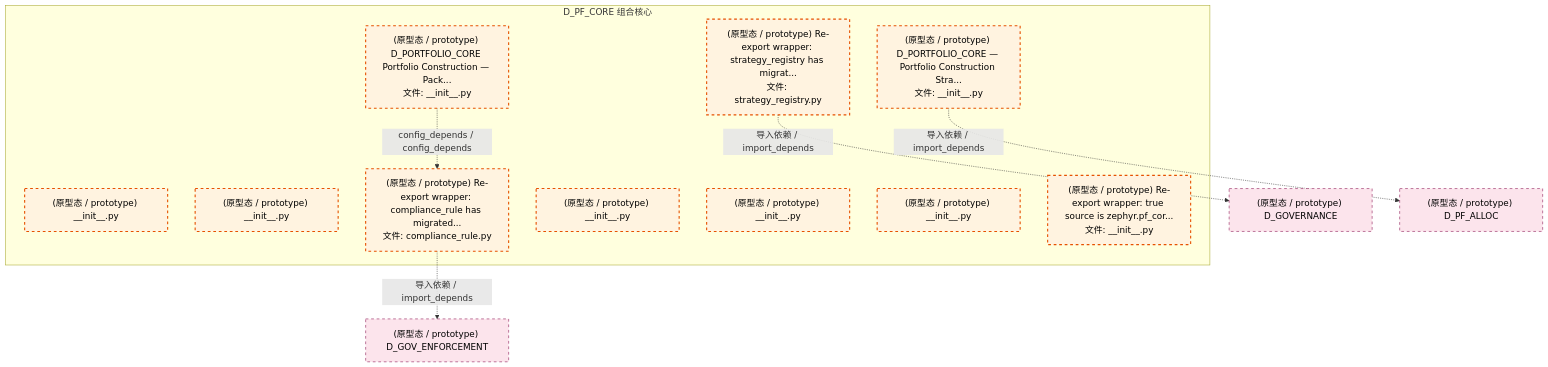
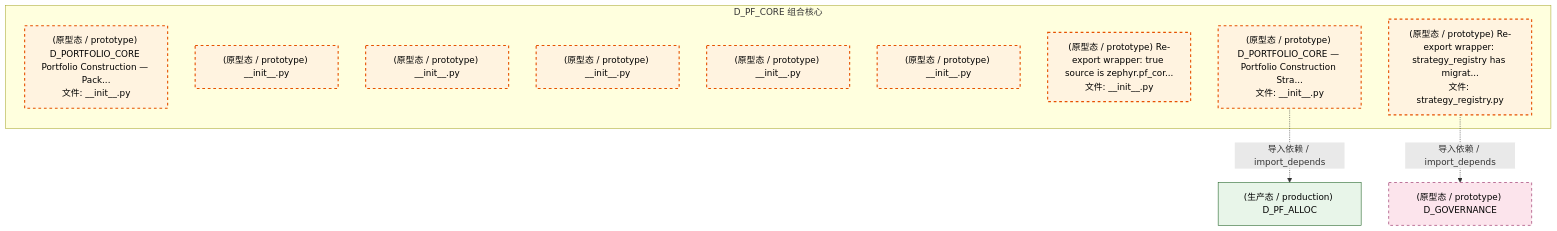
Before and after one commit to xuanFelixVan/ZephyrAlpha: the third of 4 diagrams in docs/02_enterprise_architecture/02_domain_architecture_docs/52_d_pf_core.md, drawn with Mermaid. The commit also changed other lines of this file and 126 other files, not shown here.

````diff
--- a/docs/02_enterprise_architecture/02_domain_architecture_docs/52_d_pf_core.md
+++ b/docs/02_enterprise_architecture/02_domain_architecture_docs/52_d_pf_core.md
@@ -139,28 +143,25 @@
 ```mermaid
 graph TD
     subgraph D_PF_CORE["D_PF_CORE 组合核心"]
         src_zephyr_pf_core_init_py["(原型态 / prototype) D_PORTFOLIO_CORE Portfolio Construction — Pack...<br/>文件: __init__.py"]
         src_zephyr_pf_core_extensions_init_py["(原型态 / prototype) __init__.py"]
         src_zephyr_pf_core_api_init_py["(原型态 / prototype) __init__.py"]
-        src_zephyr_pf_core_compliance_rule_py["(原型态 / prototype) Re-export wrapper: compliance_rule has migrated...<br/>文件: compliance_rule.py"]
         src_zephyr_pf_core_core_init_py["(原型态 / prototype) __init__.py"]
         src_zephyr_pf_core_infrastructure_init_py["(原型态 / prototype) __init__.py"]
         src_zephyr_pf_core_services_init_py["(原型态 / prototype) __init__.py"]
         src_zephyr_pf_core_strategies_init_py["(原型态 / prototype) Re-export wrapper: true source is zephyr.pf_cor...<br/>文件: __init__.py"]
         src_zephyr_pf_core_strategy_engine_init_py["(原型态 / prototype) D_PORTFOLIO_CORE — Portfolio Construction Stra...<br/>文件: __init__.py"]
         src_zephyr_pf_core_strategy_registry_py["(原型态 / prototype) Re-export wrapper: strategy_registry has migrat...<br/>文件: strategy_registry.py"]
     end
-    src_zephyr_pf_core_init_py -.->|config_depends / config_depends| src_zephyr_pf_core_compliance_rule_py
     D_GOVERNANCE["(原型态 / prototype) D_GOVERNANCE"]
     src_zephyr_pf_core_strategy_registry_py -.->|导入依赖 / import_depends| D_GOVERNANCE
-    D_GOV_ENFORCEMENT["(原型态 / prototype) D_GOV_ENFORCEMENT"]
-    src_zephyr_pf_core_compliance_rule_py -.->|导入依赖 / import_depends| D_GOV_ENFORCEMENT
-    D_PF_ALLOC["(原型态 / prototype) D_PF_ALLOC"]
+    D_PF_ALLOC["(生产态 / production) D_PF_ALLOC"]
     src_zephyr_pf_core_strategy_engine_init_py -.->|导入依赖 / import_depends| D_PF_ALLOC
     classDef production fill:#e1f5fe,stroke:#01579b,stroke-width:2px,color:#000
     classDef design fill:#fff3e0,stroke:#e65100,stroke-width:2px,color:#000,stroke-dasharray: 5 5
     classDef external_prod fill:#e8f5e9,stroke:#1b5e20,stroke-width:1px,color:#000
     classDef external_design fill:#fce4ec,stroke:#880e4f,stroke-width:1px,color:#000,stroke-dasharray: 5 5
-    class src_zephyr_pf_core_init_py,src_zephyr_pf_core_extensions_init_py,src_zephyr_pf_core_api_init_py,src_zephyr_pf_core_compliance_rule_py,src_zephyr_pf_core_core_init_py,src_zephyr_pf_core_infrastructure_init_py,src_zephyr_pf_core_services_init_py,src_zephyr_pf_core_strategies_init_py,src_zephyr_pf_core_strategy_engine_init_py,src_zephyr_pf_core_strategy_registry_py design
-    class D_GOVERNANCE,D_GOV_ENFORCEMENT,D_PF_ALLOC external_design
+    class src_zephyr_pf_core_init_py,src_zephyr_pf_core_extensions_init_py,src_zephyr_pf_core_api_init_py,src_zephyr_pf_core_core_init_py,src_zephyr_pf_core_infrastructure_init_py,src_zephyr_pf_core_services_init_py,src_zephyr_pf_core_strategies_init_py,src_zephyr_pf_core_strategy_engine_init_py,src_zephyr_pf_core_strategy_registry_py design
+    class D_PF_ALLOC external_prod
+    class D_GOVERNANCE external_design
 ```
````
